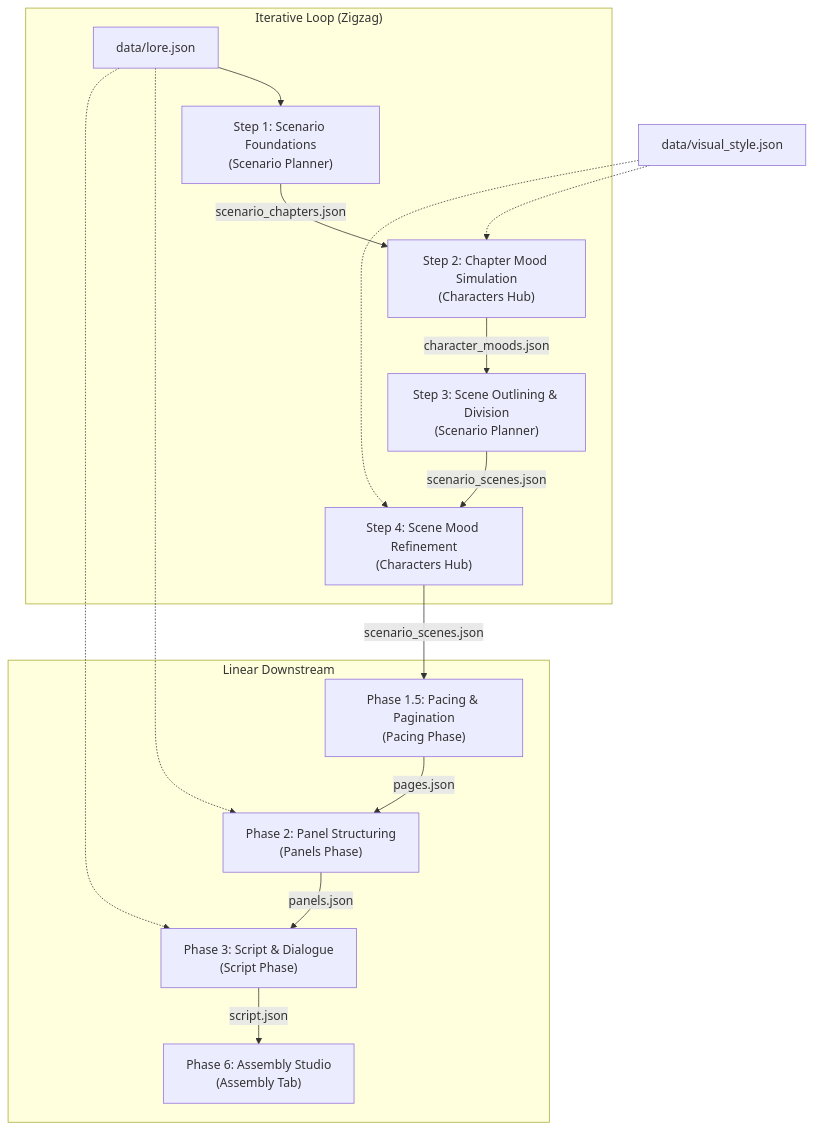
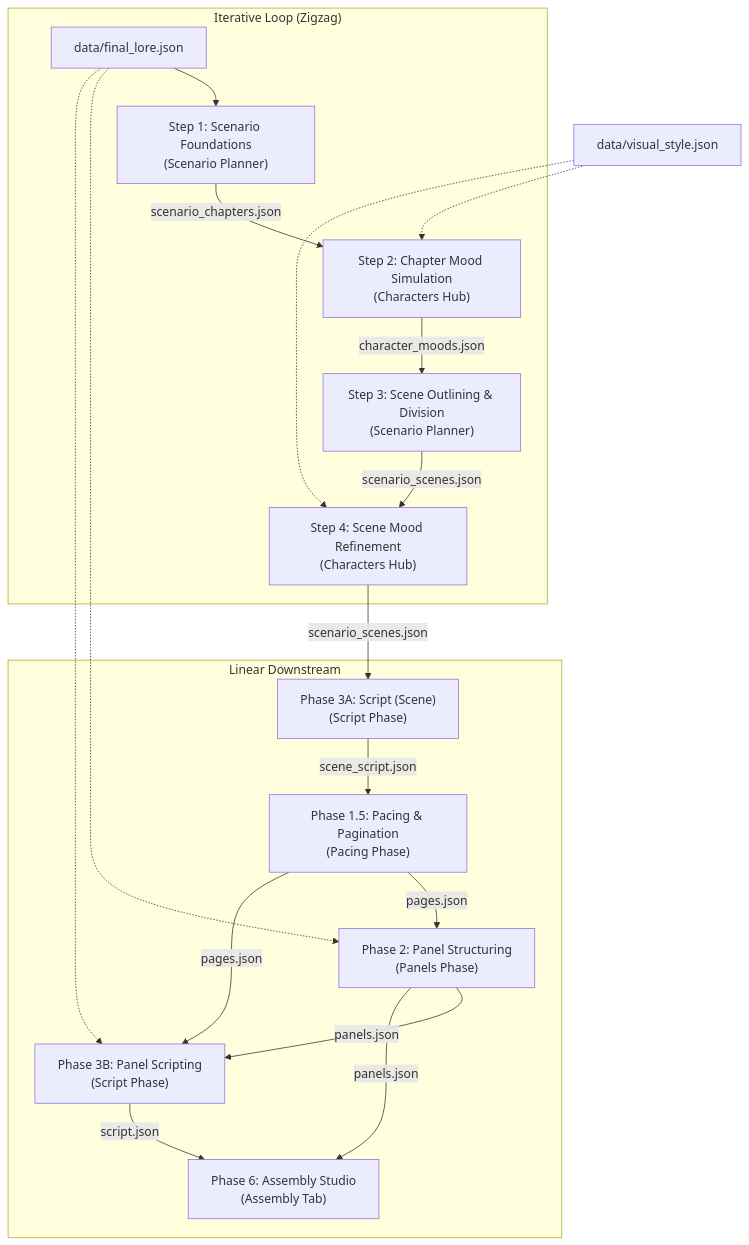
One commit to LucRobey/ComicBookArchtict changed the diagram in docs/pipeline_steps.md. Above: the diagram before and after it, drawn with Mermaid. The commit also changed other lines of this file and 138 other files, not shown here.

````diff
--- a/docs/pipeline_steps.md
+++ b/docs/pipeline_steps.md
@@ -13,37 +13,41 @@
 ```mermaid
 flowchart TD
     %% Base
-    LORE["data/lore.json"]
+    LORE["data/final_lore.json"]
     STYLE["data/visual_style.json"]
     
     %% Loop Steps
     subgraph "Iterative Loop (Zigzag)"
         S1["Step 1: Scenario Foundations\n(Scenario Planner)"]
         C2["Step 2: Chapter Mood Simulation\n(Characters Hub)"]
         S3["Step 3: Scene Outlining & Division\n(Scenario Planner)"]
         C4["Step 4: Scene Mood Refinement\n(Characters Hub)"]
         
         LORE --> S1
         S1 -- "scenario_chapters.json" --> C2
         C2 -- "character_moods.json" --> S3
         S3 -- "scenario_scenes.json" --> C4
     end
 
     %% Downstream
     subgraph "Linear Downstream"
+        P3A["Phase 3A: Script (Scene)\n(Script Phase)"]
         P15["Phase 1.5: Pacing & Pagination\n(Pacing Phase)"]
         P2["Phase 2: Panel Structuring\n(Panels Phase)"]
-        P3["Phase 3: Script & Dialogue\n(Script Phase)"]
+        P3B["Phase 3B: Panel Scripting\n(Script Phase)"]
         P6["Phase 6: Assembly Studio\n(Assembly Tab)"]
         
-        C4 -- "scenario_scenes.json" --> P15
+        C4 -- "scenario_scenes.json" --> P3A
+        P3A -- "scene_script.json" --> P15
         P15 -- "pages.json" --> P2
-        P2 -- "panels.json" --> P3
-        P3 -- "script.json" --> P6
+        P15 -- "pages.json" --> P3B
+        P2 -- "panels.json" --> P3B
+        P2 -- "panels.json" --> P6
+        P3B -- "script.json" --> P6
     end
     
     STYLE -.-> C2
     STYLE -.-> C4
     LORE -.-> P2
-    LORE -.-> P3
+    LORE -.-> P3B
 ```
````
